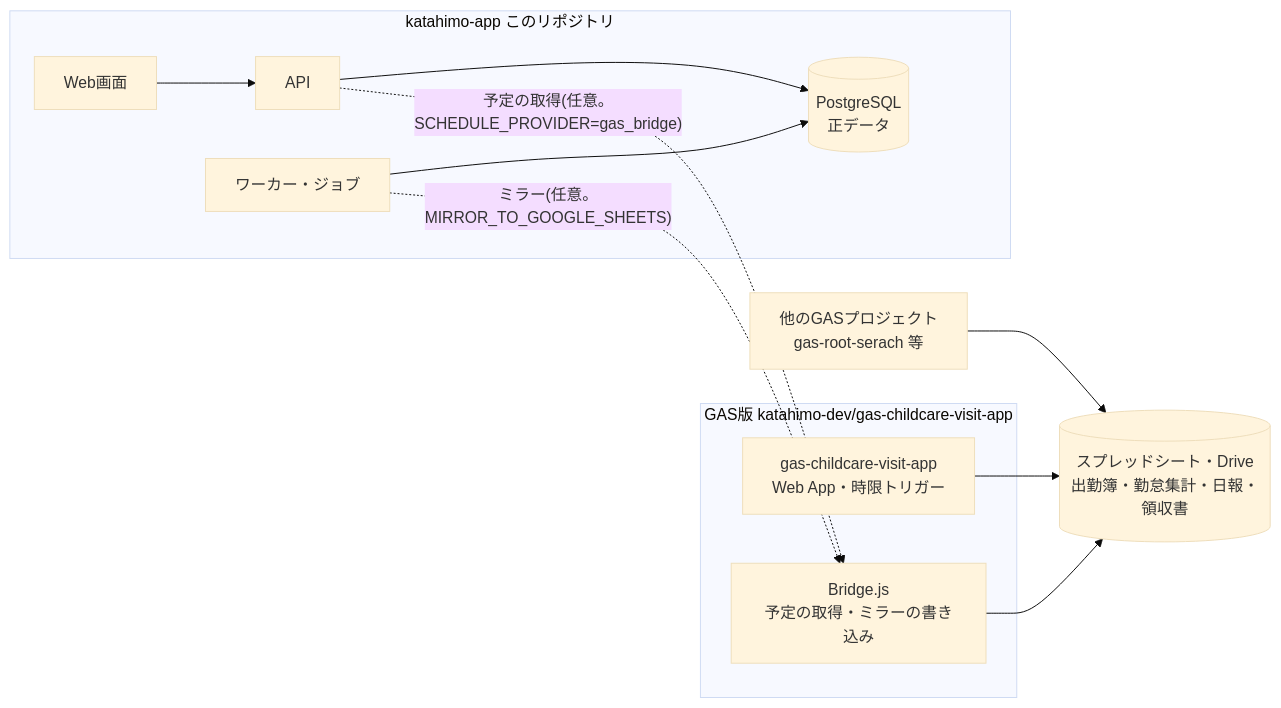
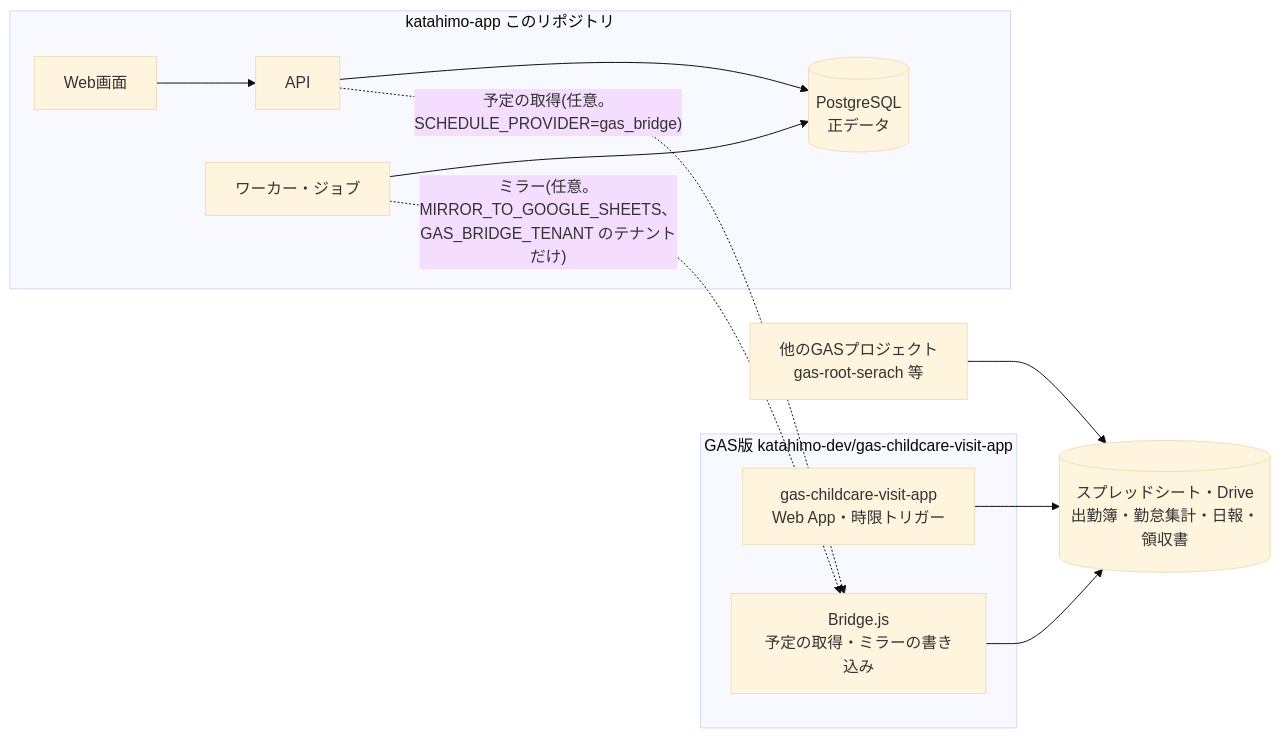
The first of 5 diagrams in doc/01_システム概要.md (katahimo-dev/katahimo-app), drawn with Mermaid (base theme) before and after one commit. The commit also changed other lines of this file and 11 other files, not shown here.

````diff
--- a/doc/01_システム概要.md
+++ b/doc/01_システム概要.md
@@ -26,16 +26,16 @@
 ```mermaid
 flowchart LR
   subgraph legacy[GAS版 katahimo-dev/gas-childcare-visit-app]
     gasapp[gas-childcare-visit-app<br/>Web App・時限トリガー]
     bridge[Bridge.js<br/>予定の取得・ミラーの書き込み]
   end
   subgraph new[katahimo-app このリポジトリ]
     web[Web画面] --> api[API] --> pg[(PostgreSQL<br/>正データ)]
     worker[ワーカー・ジョブ] --> pg
   end
   sheets[(スプレッドシート・Drive<br/>出勤簿・勤怠集計・日報・領収書)]
   gasapp --> sheets
-  worker -. "ミラー(任意。MIRROR_TO_GOOGLE_SHEETS)" .-> bridge --> sheets
+  worker -. "ミラー(任意。MIRROR_TO_GOOGLE_SHEETS、GAS_BRIDGE_TENANT のテナントだけ)" .-> bridge --> sheets
   api -. "予定の取得(任意。SCHEDULE_PROVIDER=gas_bridge)" .-> bridge
   other[他のGASプロジェクト<br/>gas-root-serach 等] --> sheets
 ```
````
